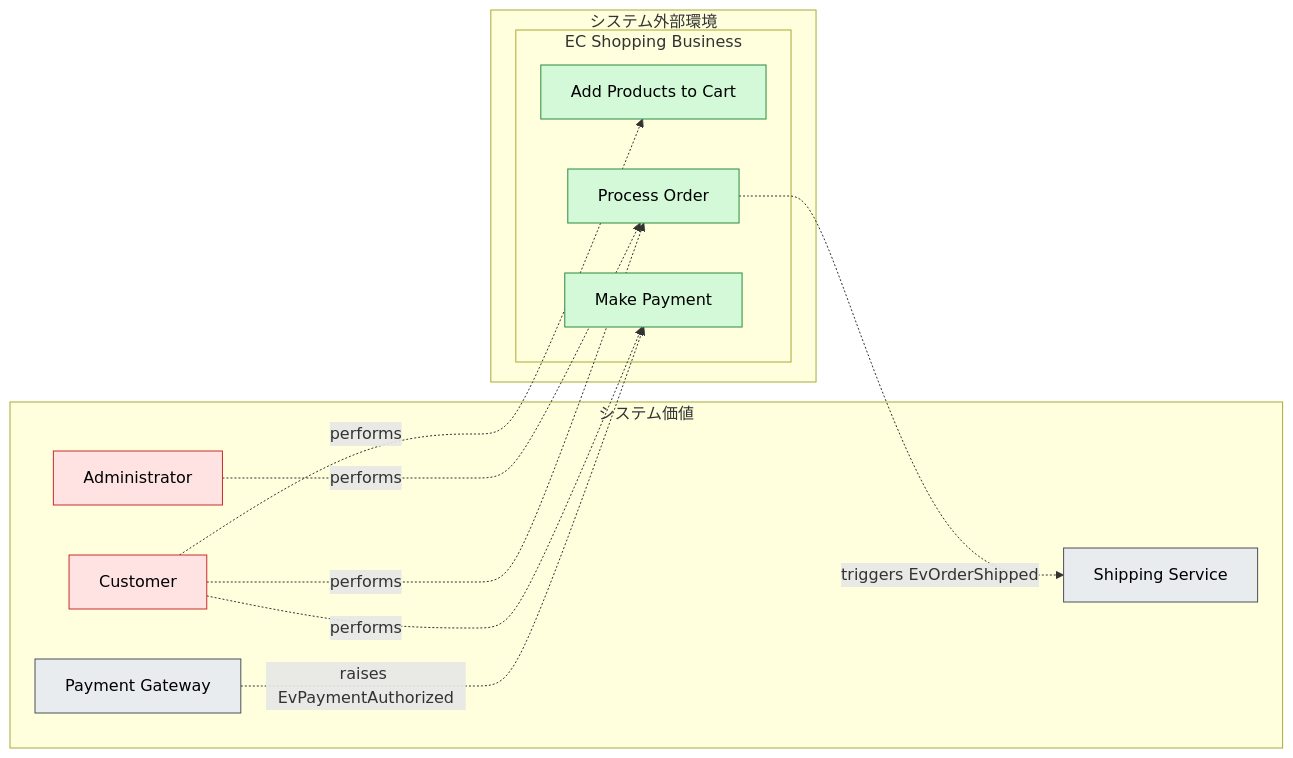
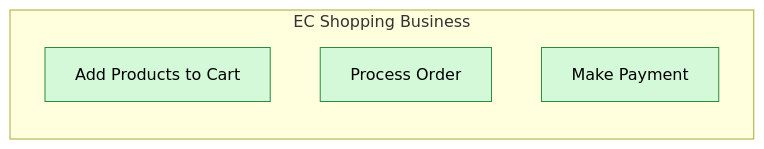
One commit to manji-0/rdra-ish-dsl changed the diagram in samples/ec-site/out/business.mmd. Above: the diagram before and after it, drawn with Mermaid. The commit also changed 20 other files, not shown here.

First line of the commit message:
feat(cli): draw the business flow and list who takes part in each BUC

```diff
--- a/samples/ec-site/out/business.mmd
+++ b/samples/ec-site/out/business.mmd
@@ -1,31 +1,11 @@
 %% rdra-ish diagram=business scope=whole model=samples/ec-site
-%% layers: value=システム価値 environment=システム外部環境
-%% kinds: actor extsystem business buc
-%% omitted: usecase screen event api entity
+%% kinds: business buc
+%% omitted: actor usecase screen event api entity
 flowchart LR
-  subgraph layer_value["システム価値"]
-    actor__Admin["Administrator"]:::actor
-    actor__Customer["Customer"]:::actor
-    extsystem__PaymentGW["Payment Gateway"]:::extsystem
-    extsystem__ShippingSvc["Shipping Service"]:::extsystem
+  subgraph business__EcShopping["EC Shopping Business"]
+    buc__BucCart["Add Products to Cart"]:::buc
+    buc__BucOrder["Process Order"]:::buc
+    buc__BucPayment["Make Payment"]:::buc
   end
-  subgraph layer_environment["システム外部環境"]
-    subgraph business__EcShopping["EC Shopping Business"]
-      buc__BucCart["Add Products to Cart"]:::buc
-      buc__BucOrder["Process Order"]:::buc
-      buc__BucPayment["Make Payment"]:::buc
-    end
-  end
-  actor__Admin -.->|performs| buc__BucOrder
-  %% derived actor__Admin -> buc__BucOrder via usecase__DeliverOrder,usecase__ShipOrder
-  actor__Customer -.->|performs| buc__BucCart
-  actor__Customer -.->|performs| buc__BucOrder
-  actor__Customer -.->|performs| buc__BucPayment
-  buc__BucOrder -.->|triggers EvOrderShipped| extsystem__ShippingSvc
-  %% derived buc__BucOrder -> extsystem__ShippingSvc via usecase__ShipOrder
-  extsystem__PaymentGW -.->|raises EvPaymentAuthorized| buc__BucPayment
-  %% derived extsystem__PaymentGW -> buc__BucPayment via usecase__Capture
-  classDef actor fill:#ffe3e3,stroke:#c92a2a,color:#000;
-  classDef extsystem fill:#e9ecef,stroke:#495057,color:#000;
   classDef business fill:#d3f9d8,stroke:#2b8a3e,color:#000;
   classDef buc fill:#d3f9d8,stroke:#2b8a3e,color:#000;
```
